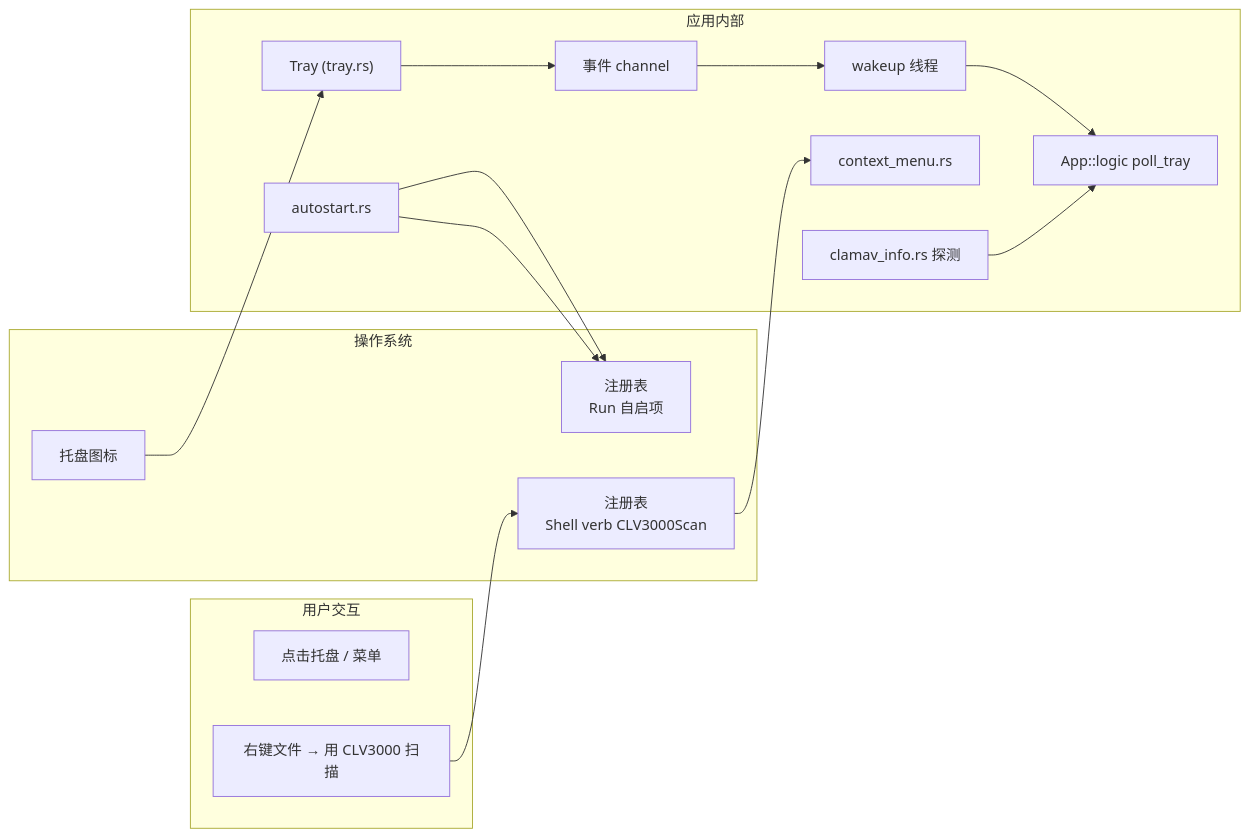
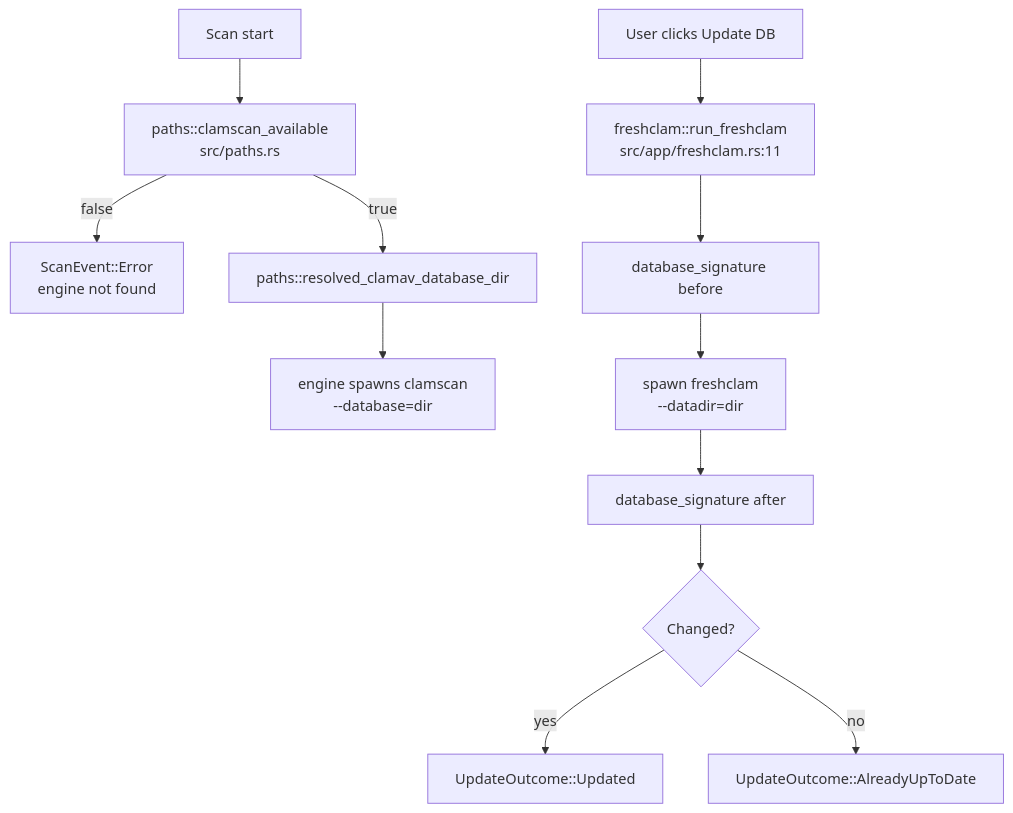
The diagram in .terrain/human/4.Deep-Exploration/system-integration.md (sopaco/CLV3000), drawn with Mermaid before and after one commit. The commit also changed other lines of this file and 14 other files, not shown here.

````diff
--- a/.terrain/human/4.Deep-Exploration/system-integration.md
+++ b/.terrain/human/4.Deep-Exploration/system-integration.md
@@ -23,32 +48,15 @@
 ```mermaid
-flowchart LR
-    subgraph user0["用户交互"]
-        click["点击托盘 / 菜单"]
-        rightclick["右键文件 → 用 CLV3000 扫描"]
-    end
-    subgraph os0["操作系统"]
-        reg["注册表<br/>Run 自启项"]
-        verb["注册表<br/>Shell verb CLV3000Scan"]
-        trayicon["托盘图标"]
-    end
-    subgraph app0["应用内部"]
-        tray["Tray (tray.rs)"]
-        channel0["事件 channel"]
-        wakeup0["wakeup 线程"]
-        app0logic["App::logic poll_tray"]
-        cm["context_menu.rs"]
-        autostart["autostart.rs"]
-        ci["clamav_info.rs 探测"]
-    end
-
-    click --> trayicon
-    trayicon --> tray
-    tray --> channel0
-    channel0 --> wakeup0
-    wakeup0 --> app0logic
-    rightclick --> verb
-    verb --> cm
-    autostart --> reg
-    autostart --> reg
-    ci --> app0logic
+flowchart TD
+    A["Scan start"] --> B["paths::clamscan_available<br/>src/paths.rs"]
+    B -->|false| C["ScanEvent::Error<br/>engine not found"]
+    B -->|true| D["paths::resolved_clamav_database_dir"]
+    D --> E["engine spawns clamscan<br/>--database=dir"]
+    
+    F["User clicks Update DB"] --> G["freshclam::run_freshclam<br/>src/app/freshclam.rs:11"]
+    G --> H["database_signature before"]
+    H --> I["spawn freshclam<br/>--datadir=dir"]
+    I --> J["database_signature after"]
+    J --> K{"Changed?"}
+    K -->|yes| L["UpdateOutcome::Updated"]
+    K -->|no| M["UpdateOutcome::AlreadyUpToDate"]
 ```
````
